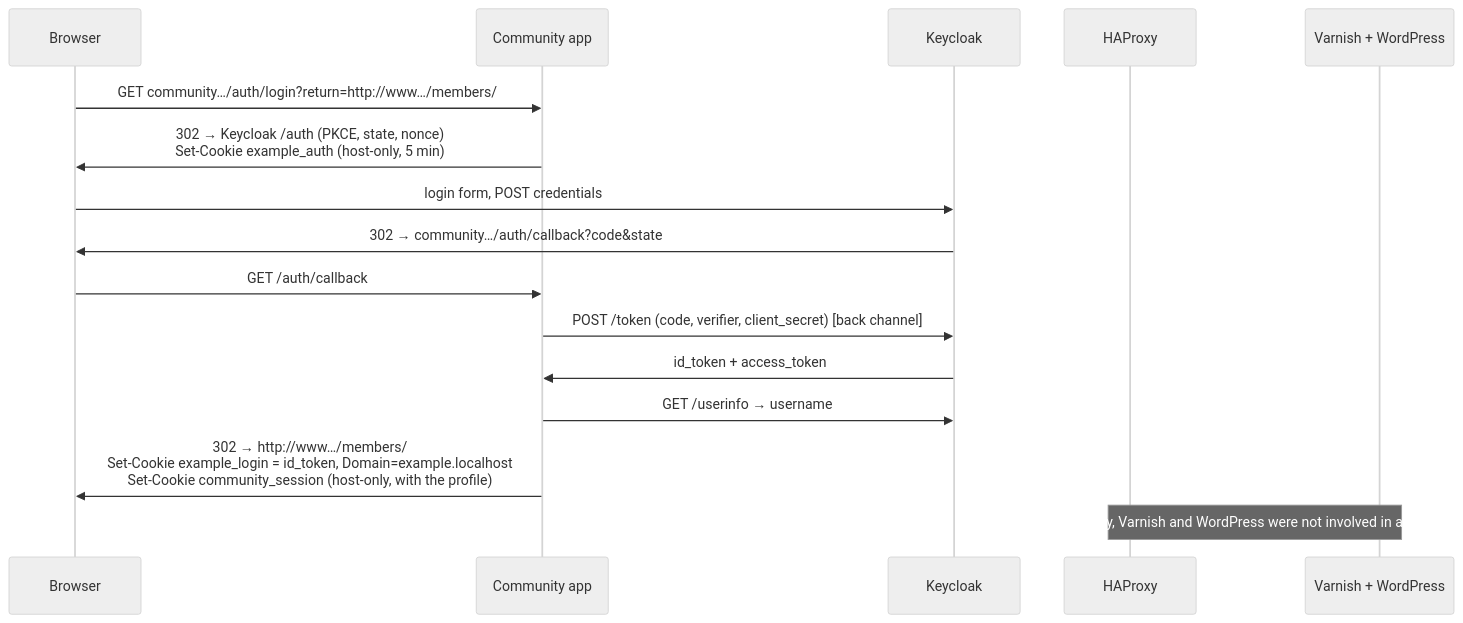
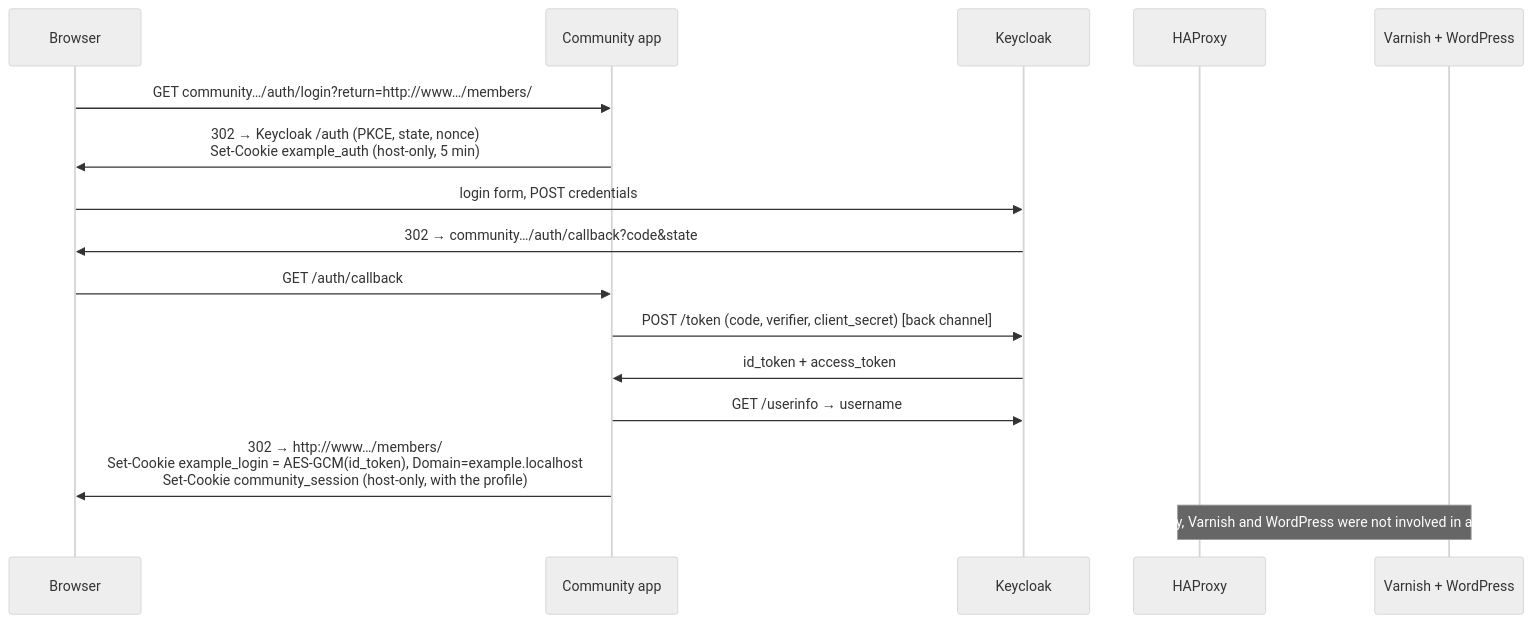
One commit to correctiv/oidc-wp-prototype changed the first of 4 diagrams in README.md. Above: the diagram before and after it, drawn with Mermaid (neutral theme). The commit also changed other lines of this file and 7 other files, not shown here.

First line of the commit message:
Encrypt the domain-wide login cookie

````diff
--- a/README.md
+++ b/README.md
@@ -79,18 +79,18 @@
 ```mermaid
 sequenceDiagram
     participant B as Browser
     participant C as Community app
     participant K as Keycloak
     participant H as HAProxy
     participant W as Varnish + WordPress
     B->>C: GET community…/auth/login?return=http://www…/members/
     C->>B: 302 → Keycloak /auth (PKCE, state, nonce)<br/>Set-Cookie example_auth (host-only, 5 min)
     B->>K: login form, POST credentials
     K->>B: 302 → community…/auth/callback?code&state
     B->>C: GET /auth/callback
     C->>K: POST /token (code, verifier, client_secret) [back channel]
     K->>C: id_token + access_token
     C->>K: GET /userinfo → username
-    C->>B: 302 → http://www…/members/<br/>Set-Cookie example_login = id_token, Domain=example.localhost<br/>Set-Cookie community_session (host-only, with the profile)
+    C->>B: 302 → http://www…/members/<br/>Set-Cookie example_login = AES-GCM(id_token), Domain=example.localhost<br/>Set-Cookie community_session (host-only, with the profile)
     Note over H,W: HAProxy, Varnish and WordPress were not involved in any step.
 ```
````
